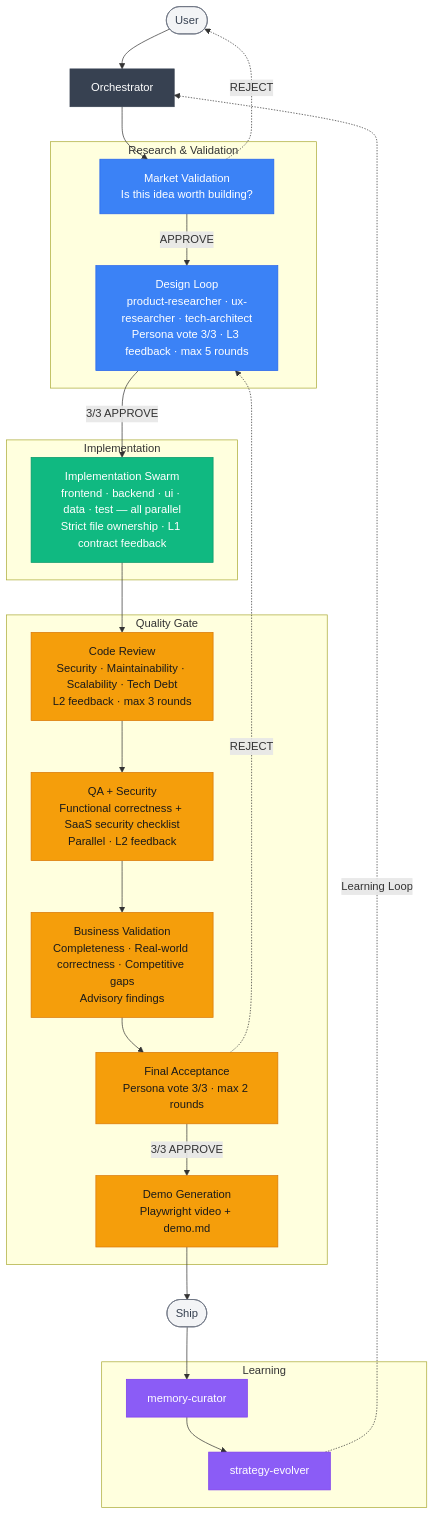
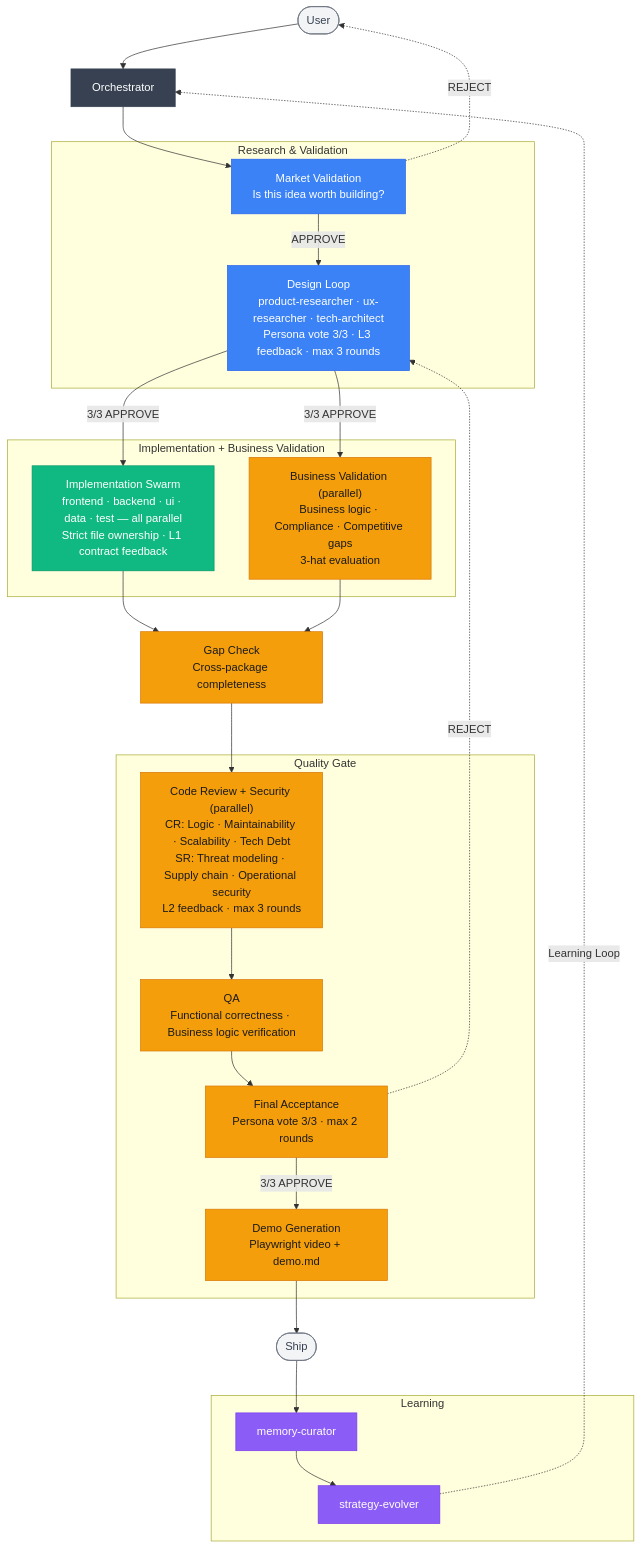
One commit to zee-sandev/solo-dev changed the diagram in wiki/Feature-Lifecycle.md. Above: the diagram before and after it, drawn with Mermaid. The commit also changed other lines of this file and 43 other files, not shown here.

````diff
--- a/wiki/Feature-Lifecycle.md
+++ b/wiki/Feature-Lifecycle.md
@@ -7,48 +7,50 @@
 ```mermaid
 flowchart TD
     classDef orch fill:#374151,color:#fff,stroke:#374151
     classDef research fill:#3b82f6,color:#fff,stroke:#2563eb
     classDef impl fill:#10b981,color:#fff,stroke:#059669
     classDef quality fill:#f59e0b,color:#1a1a1a,stroke:#d97706
     classDef memory fill:#8b5cf6,color:#fff,stroke:#7c3aed
     classDef terminal fill:#f3f4f6,stroke:#6b7280,color:#374151
 
     U([User]):::terminal --> O[Orchestrator]:::orch
 
     subgraph RESEARCH["  Research & Validation  "]
         P0["Market Validation<br/>Is this idea worth building?"]:::research
-        P12["Design Loop<br/>product-researcher · ux-researcher · tech-architect<br/>Persona vote 3/3 · L3 feedback · max 5 rounds"]:::research
+        P12["Design Loop<br/>product-researcher · ux-researcher · tech-architect<br/>Persona vote 3/3 · L3 feedback · max 3 rounds"]:::research
     end
 
-    subgraph IMPL["  Implementation  "]
+    subgraph IMPL["  Implementation + Business Validation  "]
         P2["Implementation Swarm<br/>frontend · backend · ui · data · test — all parallel<br/>Strict file ownership · L1 contract feedback"]:::impl
+        BV["Business Validation (parallel)<br/>Business logic · Compliance · Competitive gaps<br/>3-hat evaluation"]:::quality
     end
 
     subgraph QUALITY["  Quality Gate  "]
-        P3["Code Review<br/>Security · Maintainability · Scalability · Tech Debt<br/>L2 feedback · max 3 rounds"]:::quality
-        P45["QA + Security<br/>Functional correctness + SaaS security checklist<br/>Parallel · L2 feedback"]:::quality
-        P6["Business Validation<br/>Completeness · Real-world correctness · Competitive gaps<br/>Advisory findings"]:::quality
+        P3["Code Review + Security (parallel)<br/>CR: Logic · Maintainability · Scalability · Tech Debt<br/>SR: Threat modeling · Supply chain · Operational security<br/>L2 feedback · max 3 rounds"]:::quality
+        P45["QA<br/>Functional correctness · Business logic verification"]:::quality
         P7["Final Acceptance<br/>Persona vote 3/3 · max 2 rounds"]:::quality
         P8["Demo Generation<br/>Playwright video + demo.md"]:::quality
     end
 
     subgraph LEARNING["  Learning  "]
         MC[memory-curator]:::memory
         SE[strategy-evolver]:::memory
     end
 
     O --> P0
     P0 -->|APPROVE| P12
     P0 -.->|REJECT| U
     P12 -->|3/3 APPROVE| P2
-    P2 --> P3
+    P12 -->|3/3 APPROVE| BV
+    P2 --> GC["Gap Check<br/>Cross-package completeness"]:::quality
+    BV --> GC
+    GC --> P3
     P3 --> P45
-    P45 --> P6
-    P6 --> P7
+    P45 --> P7
     P7 -->|3/3 APPROVE| P8
     P7 -.->|REJECT| P12
     P8 --> SHIP([Ship]):::terminal
     SHIP --> MC
     MC --> SE
     SE -.->|Learning Loop| O
 ```
````
